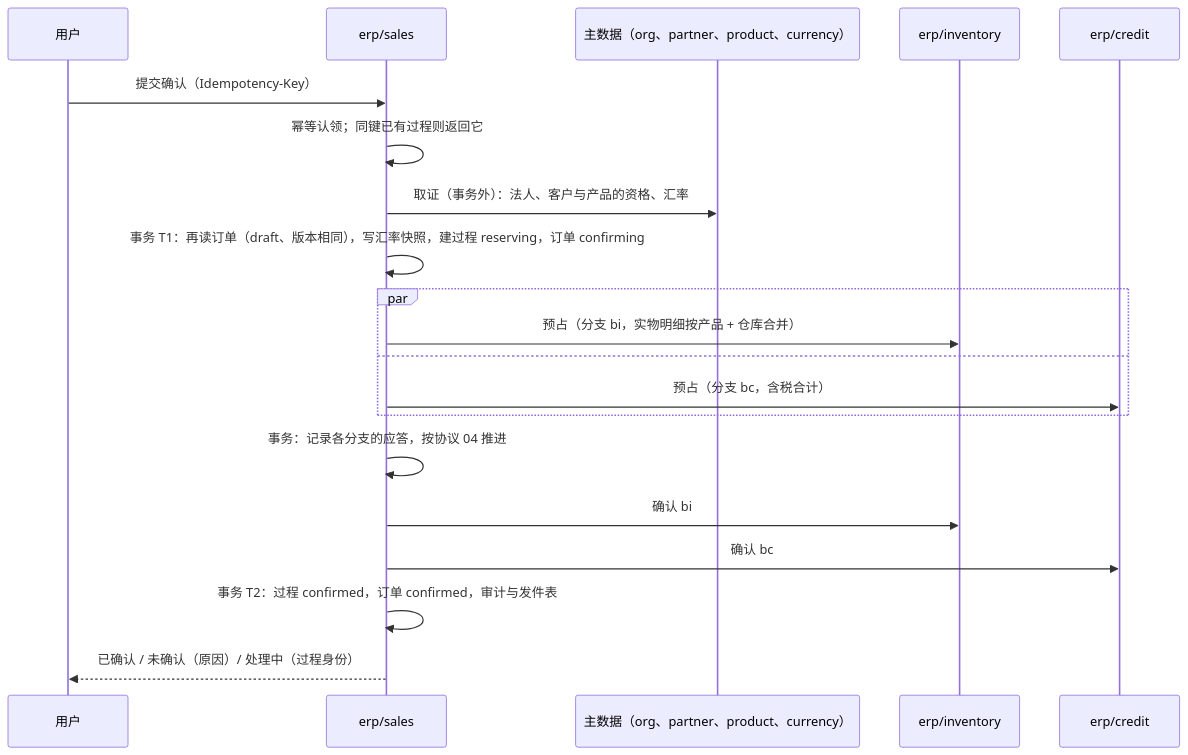
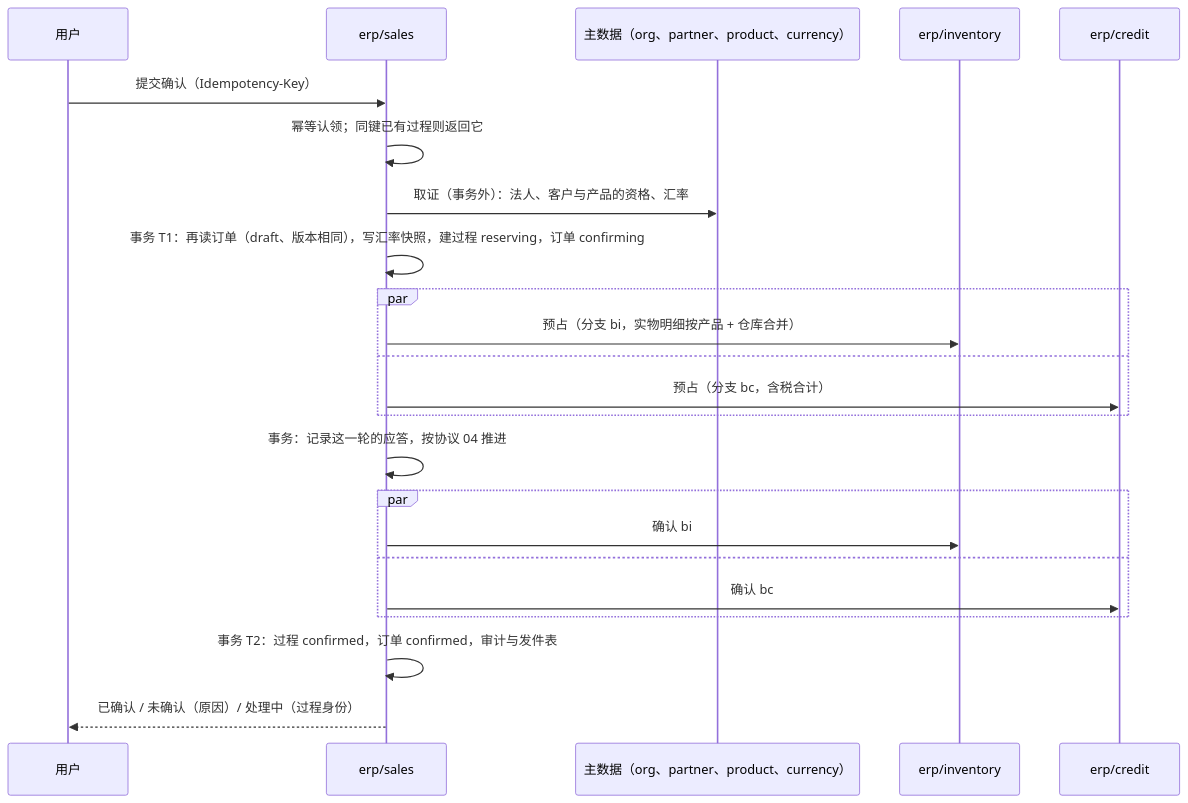
Before and after one commit to brickKit/erp-sales: the diagram in docs/flows/confirmation.md, drawn with Mermaid. The commit also changed other lines of this file and 4 other files, not shown here.

````diff
--- a/docs/flows/confirmation.md
+++ b/docs/flows/confirmation.md
@@ -7,22 +7,25 @@
 ```mermaid
 sequenceDiagram
     participant U as 用户
     participant S as erp/sales
     participant M as 主数据（org、partner、product、currency）
     participant I as erp/inventory
     participant C as erp/credit
     U->>S: 提交确认（Idempotency-Key）
     S->>S: 幂等认领；同键已有过程则返回它
     S->>M: 取证（事务外）：法人、客户与产品的资格、汇率
     S->>S: 事务 T1：再读订单（draft、版本相同），写汇率快照，建过程 reserving，订单 confirming
     par
         S->>I: 预占（分支 bi，实物明细按产品 + 仓库合并）
     and
         S->>C: 预占（分支 bc，含税合计）
     end
-    S->>S: 事务：记录各分支的应答，按协议 04 推进
-    S->>I: 确认 bi
-    S->>C: 确认 bc
+    S->>S: 事务：记录这一轮的应答，按协议 04 推进
+    par
+        S->>I: 确认 bi
+    and
+        S->>C: 确认 bc
+    end
     S->>S: 事务 T2：过程 confirmed，订单 confirmed，审计与发件表
     S-->>U: 已确认 / 未确认（原因）/ 处理中（过程身份）
 ```
````
